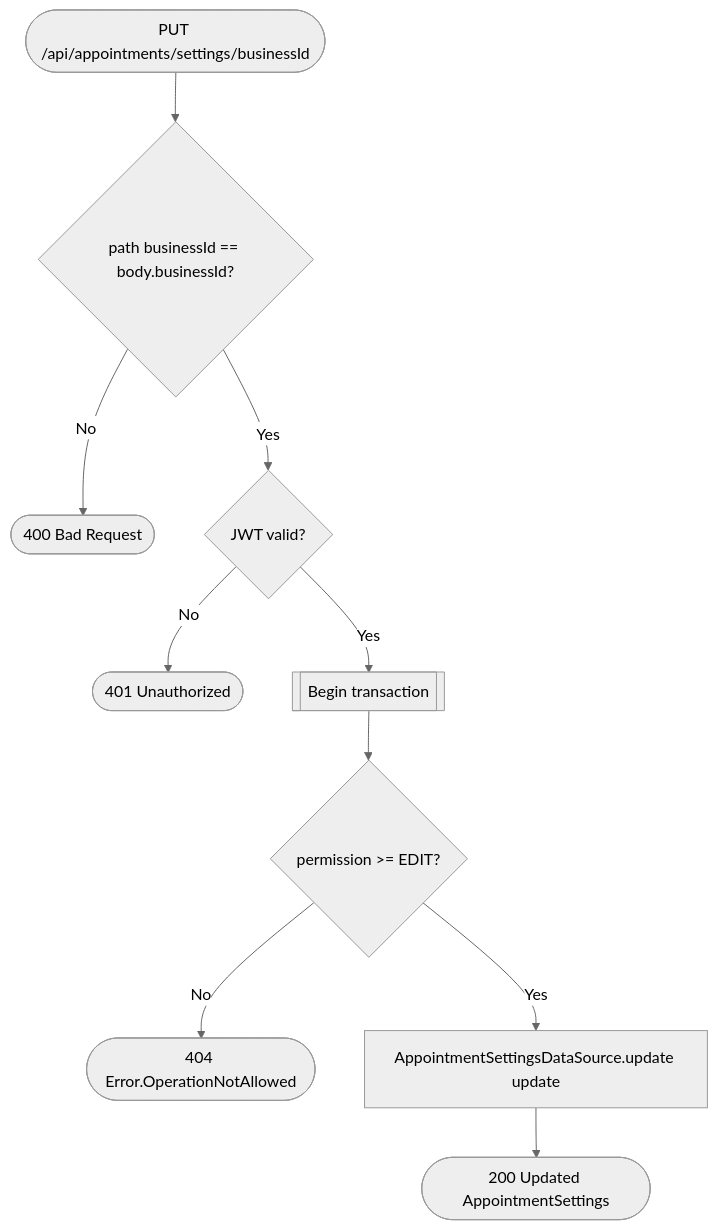
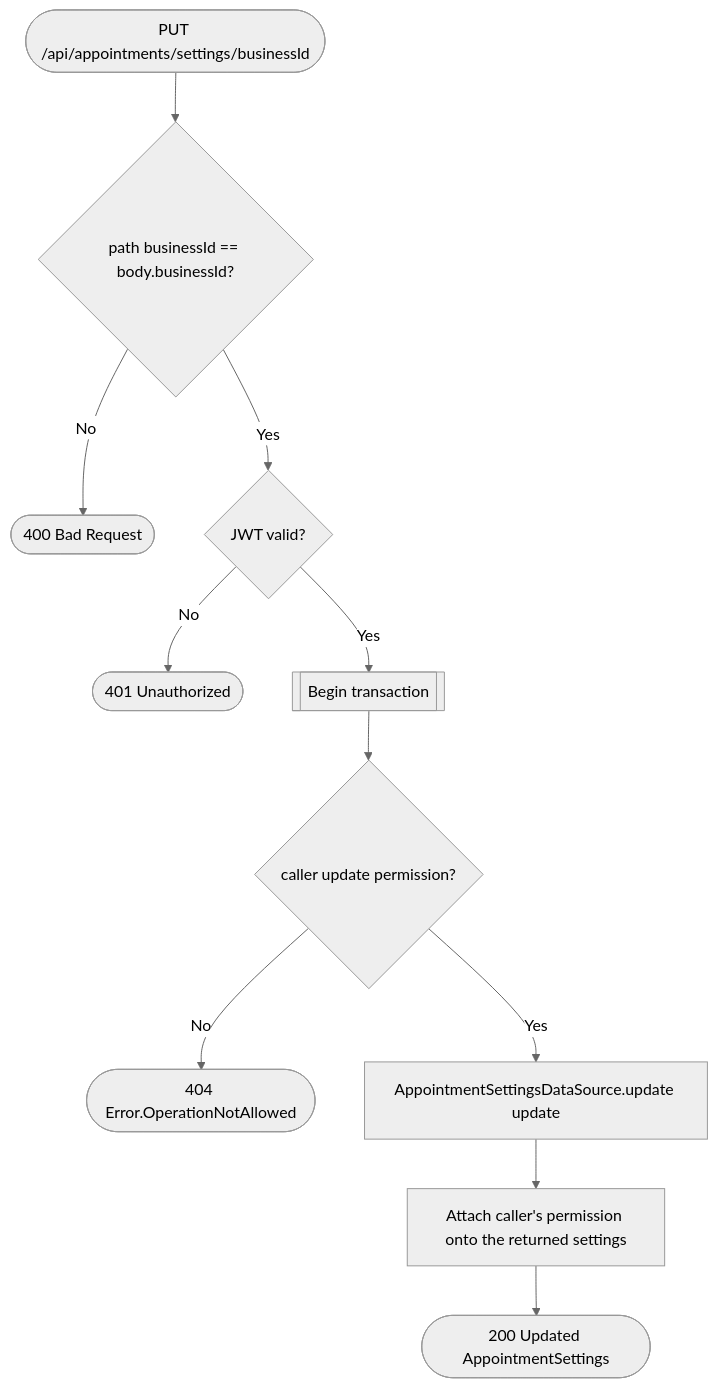
One commit to an22/bookk.me-backend changed the diagram in docs/operations/appointments/edit-appointment-settings.md. Above: the diagram before and after it, drawn with Mermaid (neutral theme). The commit also changed 157 other files, not shown here.

````diff
--- a/docs/operations/appointments/edit-appointment-settings.md
+++ b/docs/operations/appointments/edit-appointment-settings.md
@@ -9,12 +9,13 @@
 ```mermaid
 flowchart TD
     Start([PUT /api/appointments/settings/businessId]) --> PathCheck{path businessId == body.businessId?}
     PathCheck -- No --> R400([400 Bad Request])
     PathCheck -- Yes --> Auth{JWT valid?}
     Auth -- No --> R401([401 Unauthorized])
     Auth -- Yes --> Tx[[Begin transaction]]
-    Tx --> Perm{permission >= EDIT?}
+    Tx --> Perm{caller update permission?}
     Perm -- No --> R404([404 Error.OperationNotAllowed])
     Perm -- Yes --> Update[AppointmentSettingsDataSource.update update]
-    Update --> R200([200 Updated AppointmentSettings])
+    Update --> Attach[Attach caller's permission onto the returned settings]
+    Attach --> R200([200 Updated AppointmentSettings])
 ```
````
